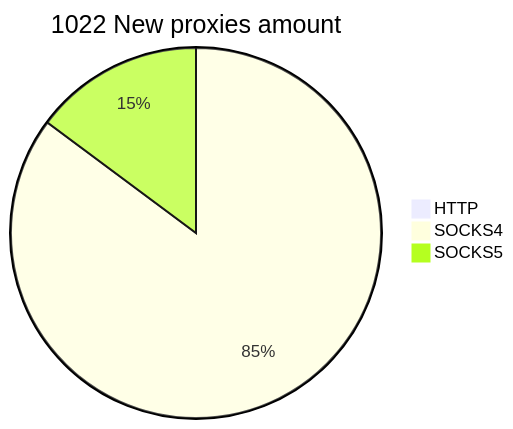
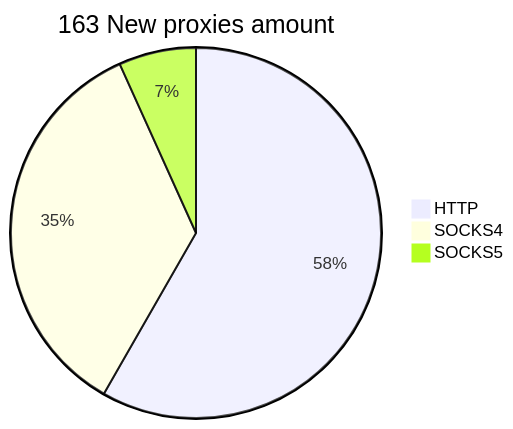
One commit to cutipu/proxylist changed the second of 2 diagrams in README.md. Above: the diagram before and after it, drawn with Mermaid. The commit also changed other lines of this file, not shown here.

````diff
--- a/README.md
+++ b/README.md
@@ -10,6 +10,6 @@
 ```mermaid
-pie title 1022 New proxies amount
-    "HTTP" : 0
-    "SOCKS4" : 971
-    "SOCKS5" : 169
+pie title 163 New proxies amount
+    "HTTP" : 95
+    "SOCKS4" : 57
+    "SOCKS5" : 11
 ```
````
